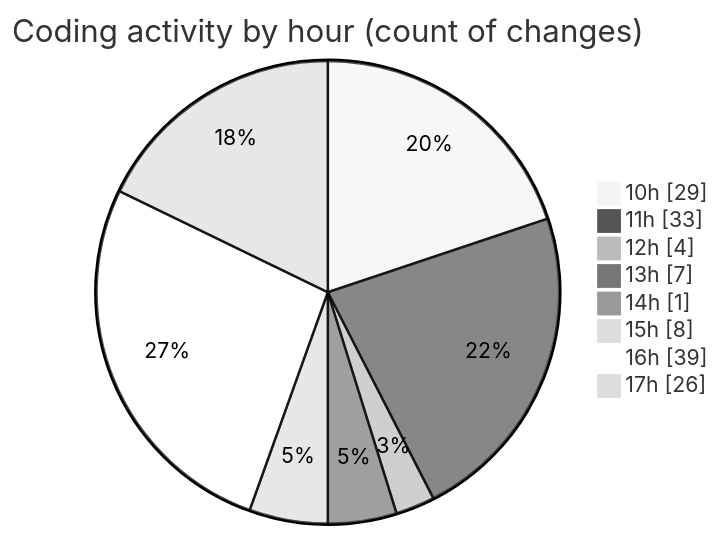
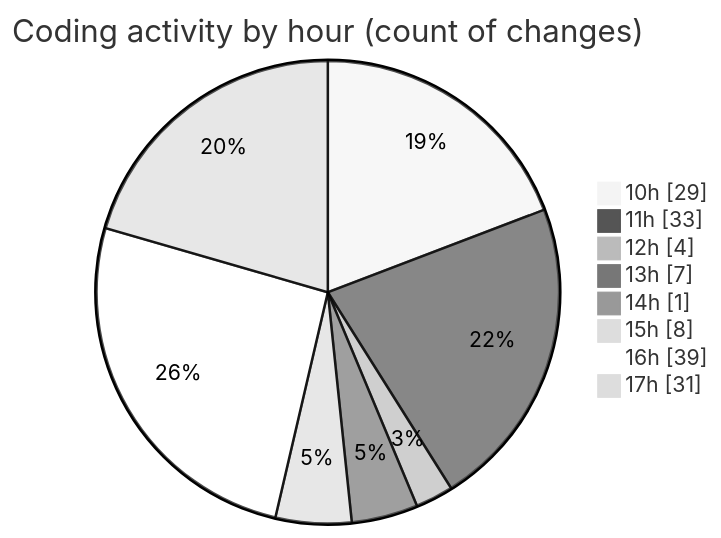
Before and after one commit to momahboobian/code-tracking: the second of 2 diagrams in 2025-06-05/cda/README.md, drawn with Mermaid (neutral theme). The commit also changed other lines of this file and 1 other file, not shown here.

````diff
--- a/2025-06-05/cda/README.md
+++ b/2025-06-05/cda/README.md
@@ -66,12 +66,12 @@
 ```mermaid
 pie showData
 title Coding activity by hour (count of changes)
 "10h" : 29
 "11h" : 33
 "12h" : 4
 "13h" : 7
 "14h" : 1
 "15h" : 8
 "16h" : 39
-"17h" : 26
+"17h" : 31
 ```
````
